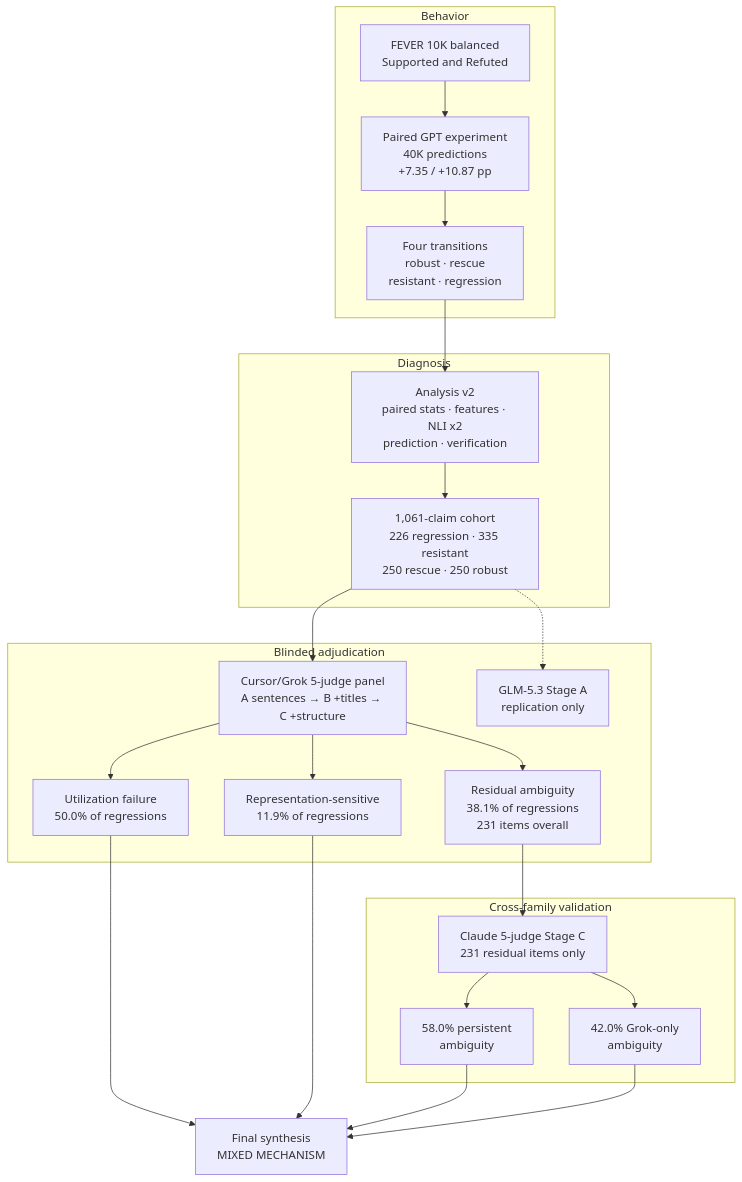
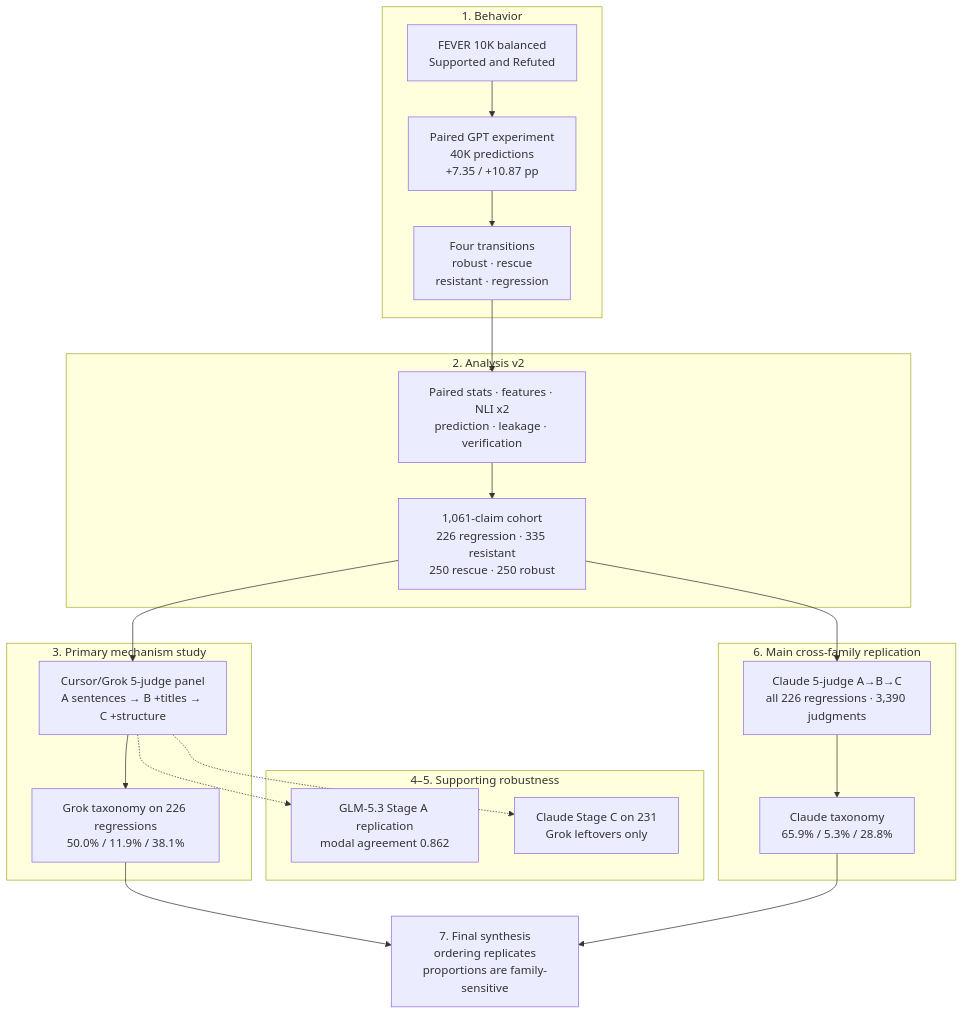
One commit to ChimdumebiNebolisa/Evidex changed the first of 2 diagrams in README.md. Above: the diagram before and after it, drawn with Mermaid. The commit also changed other lines of this file and 16 other files, not shown here.

Commit message:
Add publication navigation layer with GLM verification and data provenance.

````diff
--- a/README.md
+++ b/README.md
@@ -9,43 +21,38 @@
 ```mermaid
 flowchart TD
-    subgraph Behavior["Behavior"]
+    subgraph Behavior["1. Behavior"]
         fever[FEVER 10K balanced<br/>Supported and Refuted]
         gpt[Paired GPT experiment<br/>40K predictions<br/>+7.35 / +10.87 pp]
         trans[Four transitions<br/>robust · rescue<br/>resistant · regression]
         fever --> gpt --> trans
     end
 
-    subgraph Diagnosis["Diagnosis"]
-        a2[Analysis v2<br/>paired stats · features · NLI x2<br/>prediction · verification]
+    subgraph Analysis["2. Analysis v2"]
+        a2[Paired stats · features · NLI x2<br/>prediction · leakage · verification]
         cohort[1,061-claim cohort<br/>226 regression · 335 resistant<br/>250 rescue · 250 robust]
         trans --> a2 --> cohort
     end
 
-    subgraph Adjudication["Blinded adjudication"]
+    subgraph PrimaryAdj["3. Primary mechanism study"]
         grok[Cursor/Grok 5-judge panel<br/>A sentences → B +titles → C +structure]
-        glm[GLM-5.3 Stage A<br/>replication only]
-        util[Utilization failure<br/>50.0% of regressions]
-        rep[Representation-sensitive<br/>11.9% of regressions]
-        resid[Residual ambiguity<br/>38.1% of regressions<br/>231 items overall]
-        cohort --> grok
-        cohort -.-> glm
-        grok --> util
-        grok --> rep
-        grok --> resid
+        grokTax[Grok taxonomy on 226 regressions<br/>50.0% / 11.9% / 38.1%]
+        cohort --> grok --> grokTax
     end
 
-    subgraph Validation["Cross-family validation"]
-        claude[Claude 5-judge Stage C<br/>231 residual items only]
-        persist[58.0% persistent<br/>ambiguity]
-        grokonly[42.0% Grok-only<br/>ambiguity]
-        resid --> claude
-        claude --> persist
-        claude --> grokonly
+    subgraph Support["4–5. Supporting robustness"]
+        glm[GLM-5.3 Stage A replication<br/>modal agreement 0.862]
+        resid[Claude Stage C on 231<br/>Grok leftovers only]
+        grok -.-> glm
+        grok -.-> resid
     end
 
-    mix[Final synthesis<br/>MIXED MECHANISM]
-    util --> mix
-    rep --> mix
-    persist --> mix
-    grokonly --> mix
+    subgraph Replication["6. Main cross-family replication"]
+        claude[Claude 5-judge A→B→C<br/>all 226 regressions · 3,390 judgments]
+        claudeTax[Claude taxonomy<br/>65.9% / 5.3% / 28.8%]
+        cohort --> claude --> claudeTax
+    end
+
+    mix[7. Final synthesis<br/>ordering replicates<br/>proportions are family-sensitive]
+    grokTax --> mix
+    claudeTax --> mix
 ```
````
